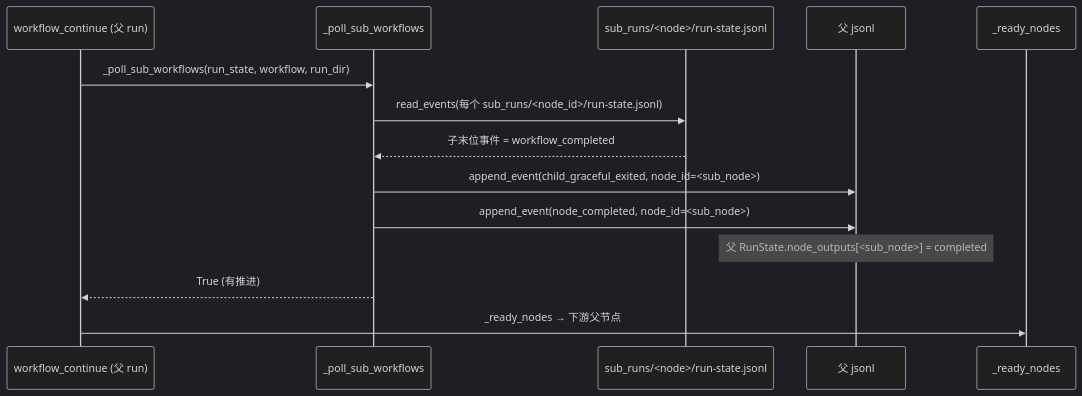
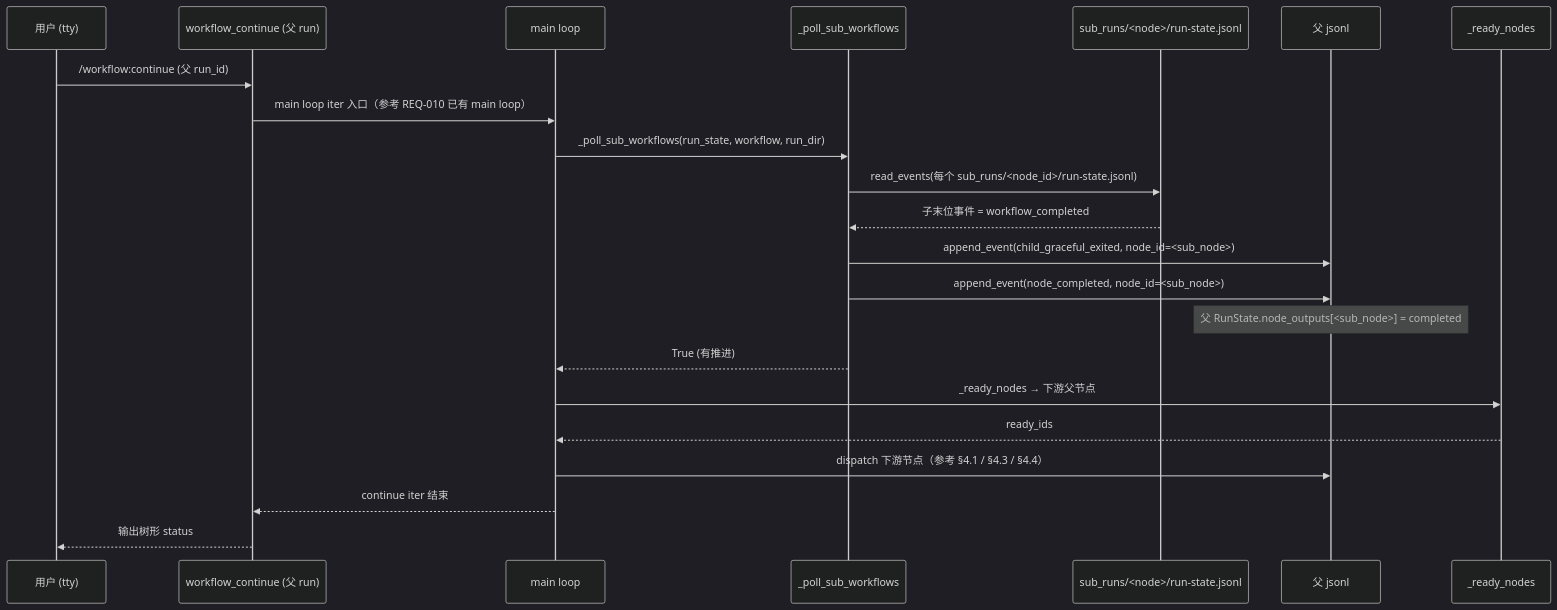
One commit to hjaaa/agentic-meta-engineering changed the fifth of 8 diagrams in requirements/REQ-2026-011/artifacts/detailed-design.md. Above: the diagram before and after it, drawn with Mermaid (dark theme). The commit also changed other lines of this file and 2 other files, not shown here.

First line of the commit message:
docs(req-2026-011): detailed-design v2 闭环 REV-001 3 required_fixes + 关键 suggestions

````diff
--- a/requirements/REQ-2026-011/artifacts/detailed-design.md
+++ b/requirements/REQ-2026-011/artifacts/detailed-design.md
@@ -1277,17 +1276,25 @@
 ```mermaid
 sequenceDiagram
+    participant U as 用户 (tty)
     participant CLI as workflow_continue (父 run)
+    participant ML as main loop
     participant Poll as _poll_sub_workflows
     participant SubFS as sub_runs/<node>/run-state.jsonl
     participant FS as 父 jsonl
     participant Sched as _ready_nodes
 
-    CLI->>Poll: _poll_sub_workflows(run_state, workflow, run_dir)
+    U->>CLI: /workflow:continue (父 run_id)
+    CLI->>ML: main loop iter 入口（参考 REQ-010 已有 main loop）
+    ML->>Poll: _poll_sub_workflows(run_state, workflow, run_dir)
     Poll->>SubFS: read_events(每个 sub_runs/<node_id>/run-state.jsonl)
     SubFS-->>Poll: 子末位事件 = workflow_completed
     Poll->>FS: append_event(child_graceful_exited, node_id=<sub_node>)
     Poll->>FS: append_event(node_completed, node_id=<sub_node>)
     Note over FS: 父 RunState.node_outputs[<sub_node>] = completed
-    Poll-->>CLI: True (有推进)
-    CLI->>Sched: _ready_nodes → 下游父节点
+    Poll-->>ML: True (有推进)
+    ML->>Sched: _ready_nodes → 下游父节点
+    Sched-->>ML: ready_ids
+    ML->>FS: dispatch 下游节点（参考 §4.1 / §4.3 / §4.4）
+    ML-->>CLI: continue iter 结束
+    CLI-->>U: 输出树形 status
 ```
````
